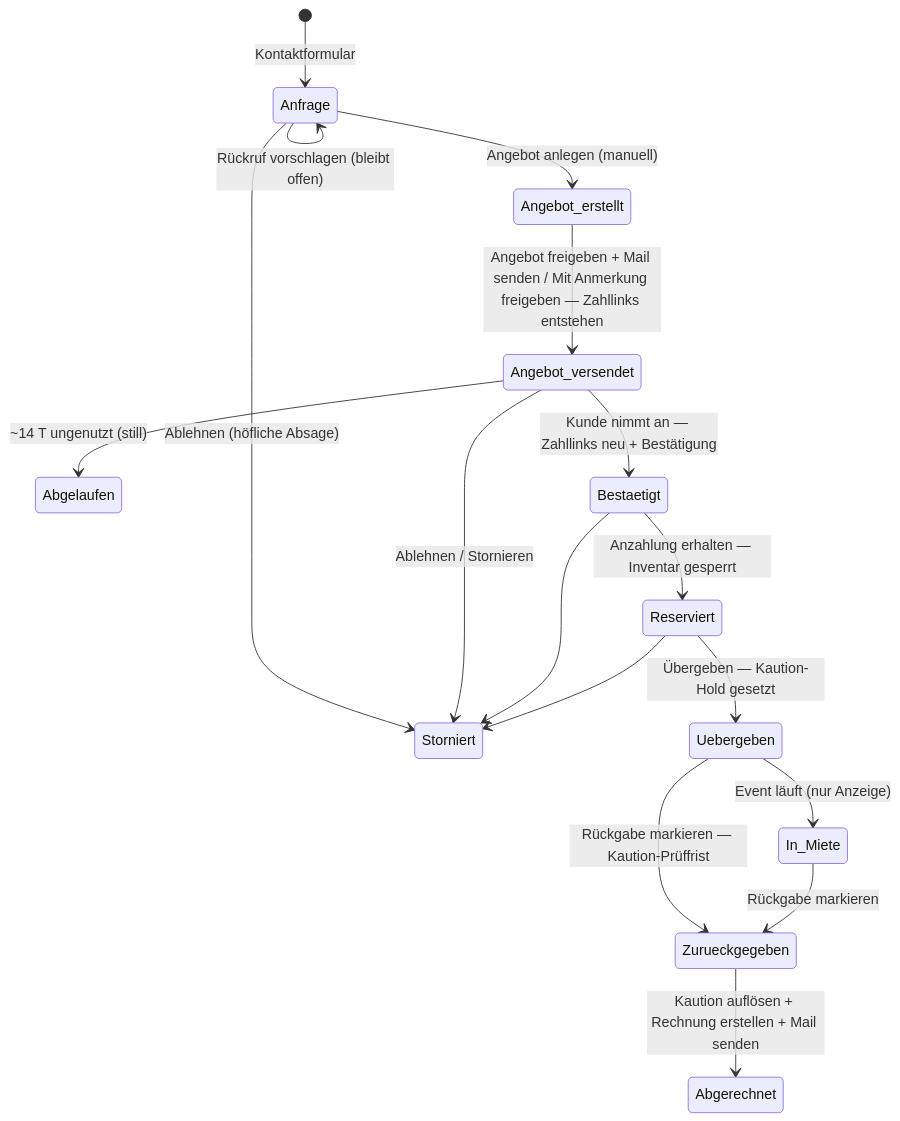
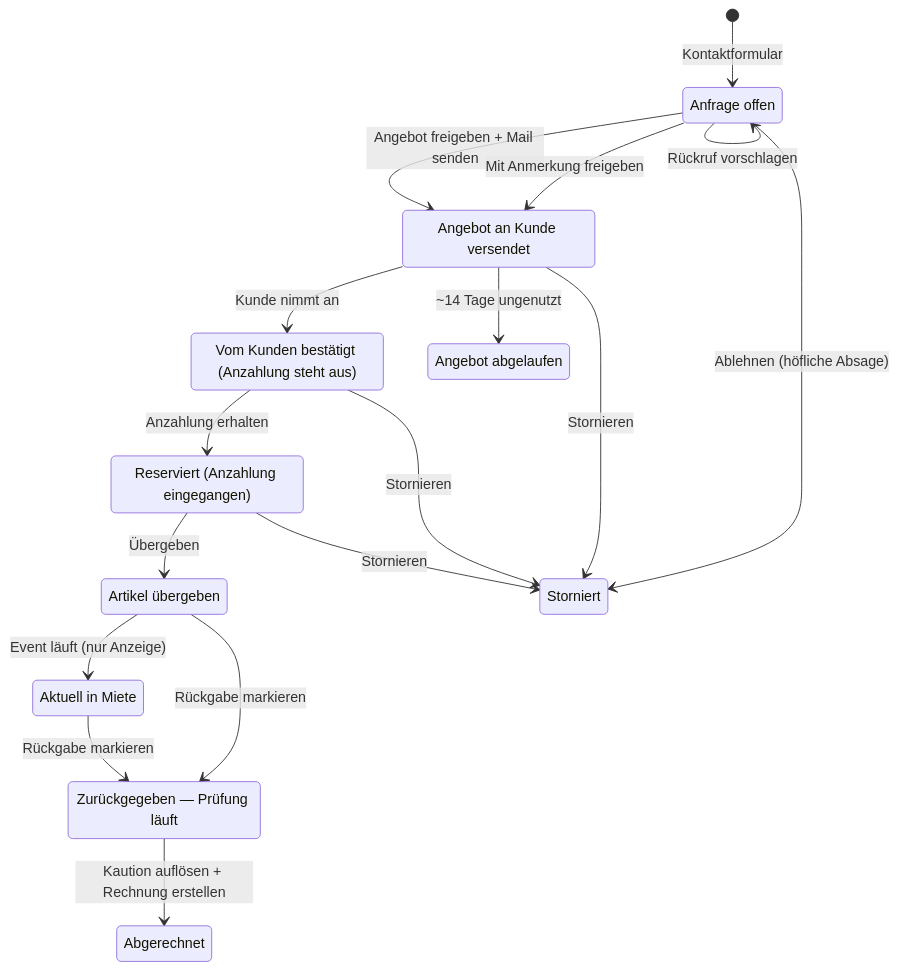
Before and after one commit to MB-SmartSystems/eventverleih-bergstrasse: the first of 2 diagrams in docs/Eventverleih Bergstraße Betriebshandbuch.md, drawn with Mermaid. The commit also changed other lines of this file, not shown here.

Commit message:
Handbuch-Diagramm: Status-Namen wie im Dashboard + alle 4 Anfrage-Aktionen an der Anfrage
Claude-Session: https://claude.ai/code/session_01VqU9z8AEVgGaSZgLhNKFis

````diff
--- a/docs/Eventverleih Bergstraße Betriebshandbuch.md
+++ b/docs/Eventverleih Bergstraße Betriebshandbuch.md
@@ -94,19 +94,30 @@
 ```mermaid
 stateDiagram-v2
+    state "Anfrage offen" as Anfrage
+    state "Angebot an Kunde versendet" as Angebot_versendet
+    state "Vom Kunden bestätigt (Anzahlung steht aus)" as Bestaetigt
+    state "Reserviert (Anzahlung eingegangen)" as Reserviert
+    state "Artikel übergeben" as Uebergeben
+    state "Aktuell in Miete" as In_Miete
+    state "Zurückgegeben — Prüfung läuft" as Zurueckgegeben
+    state "Abgerechnet" as Abgerechnet
+    state "Storniert" as Storniert
+    state "Angebot abgelaufen" as Abgelaufen
+
     [*] --> Anfrage: Kontaktformular
-    Anfrage --> Anfrage: Rückruf vorschlagen (bleibt offen)
+    Anfrage --> Angebot_versendet: Angebot freigeben + Mail senden
+    Anfrage --> Angebot_versendet: Mit Anmerkung freigeben
+    Anfrage --> Anfrage: Rückruf vorschlagen
     Anfrage --> Storniert: Ablehnen (höfliche Absage)
-    Anfrage --> Angebot_erstellt: Angebot anlegen (manuell)
-    Angebot_erstellt --> Angebot_versendet: Angebot freigeben + Mail senden / Mit Anmerkung freigeben — Zahllinks entstehen
-    Angebot_versendet --> Abgelaufen: ~14 T ungenutzt (still)
-    Angebot_versendet --> Storniert: Ablehnen / Stornieren
-    Angebot_versendet --> Bestaetigt: Kunde nimmt an — Zahllinks neu + Bestätigung
-    Bestaetigt --> Reserviert: Anzahlung erhalten — Inventar gesperrt
-    Bestaetigt --> Storniert
-    Reserviert --> Uebergeben: Übergeben — Kaution-Hold gesetzt
-    Reserviert --> Storniert
+    Angebot_versendet --> Bestaetigt: Kunde nimmt an
+    Angebot_versendet --> Abgelaufen: ~14 Tage ungenutzt
+    Angebot_versendet --> Storniert: Stornieren
+    Bestaetigt --> Reserviert: Anzahlung erhalten
+    Bestaetigt --> Storniert: Stornieren
+    Reserviert --> Uebergeben: Übergeben
+    Reserviert --> Storniert: Stornieren
     Uebergeben --> In_Miete: Event läuft (nur Anzeige)
-    Uebergeben --> Zurueckgegeben: Rückgabe markieren — Kaution-Prüffrist
+    Uebergeben --> Zurueckgegeben: Rückgabe markieren
     In_Miete --> Zurueckgegeben: Rückgabe markieren
-    Zurueckgegeben --> Abgerechnet: Kaution auflösen + Rechnung erstellen + Mail senden
+    Zurueckgegeben --> Abgerechnet: Kaution auflösen + Rechnung erstellen
 ```
````
